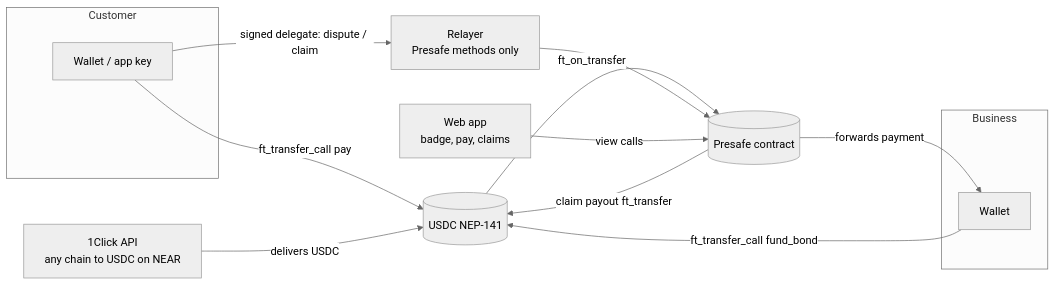
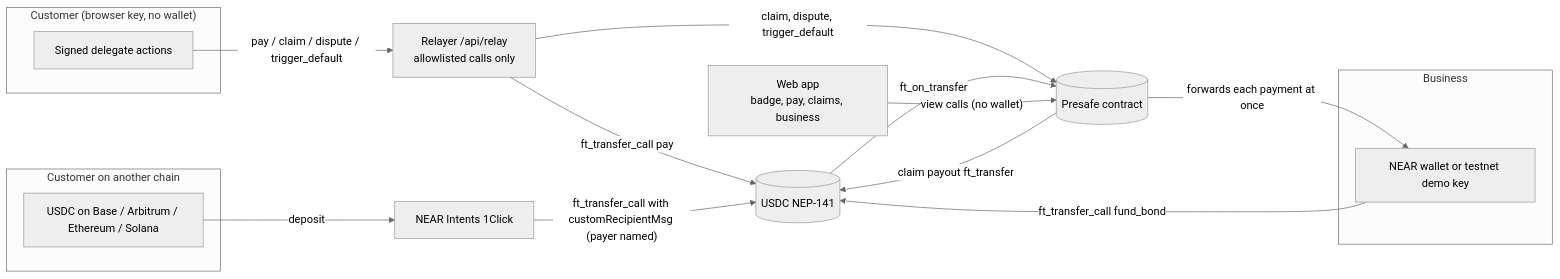
The diagram in README.md (ahmardchain/presafe), drawn with Mermaid (neutral theme) before and after one commit. The commit also changed other lines of this file and 1 other file, not shown here.

````diff
--- a/README.md
+++ b/README.md
@@ -51,23 +63,28 @@
 ```mermaid
 flowchart LR
-  subgraph Customer
-    W[Wallet / app key]
+  subgraph Customer["Customer (browser key, no wallet)"]
+    CK[Signed delegate actions]
+  end
+  subgraph Other["Customer on another chain"]
+    EVM[USDC on Base / Arbitrum / Ethereum / Solana]
   end
   subgraph Business
-    BW[Wallet]
+    BW[NEAR wallet or testnet demo key]
   end
-  OC[1Click API<br/>any chain to USDC on NEAR]
-  R[Relayer<br/>Presafe methods only]
+  R["Relayer /api/relay<br/>allowlisted calls only"]
+  OC[NEAR Intents 1Click]
+  U[(USDC NEP-141)]
   C[(Presafe contract)]
-  U[(USDC NEP-141)]
-  Web[Web app<br/>badge, pay, claims]
+  Web["Web app<br/>badge, pay, claims, business"]
 
-  BW -- ft_transfer_call fund_bond --> U
-  W -- ft_transfer_call pay --> U
+  BW -- "ft_transfer_call fund_bond" --> U
+  CK -- "pay / claim / dispute / trigger_default" --> R
+  R -- "ft_transfer_call pay" --> U
+  R -- "claim, dispute, trigger_default" --> C
+  EVM -- deposit --> OC
+  OC -- "ft_transfer_call with customRecipientMsg (payer named)" --> U
   U -- ft_on_transfer --> C
-  C -- forwards payment --> BW
-  W -- signed delegate: dispute / claim --> R --> C
-  C -- claim payout ft_transfer --> U
-  OC -- delivers USDC --> U
-  Web -- view calls --> C
+  C -- "forwards each payment at once" --> BW
+  C -- "claim payout ft_transfer" --> U
+  Web -- "view calls (no wallet)" --> C
 ```
````
